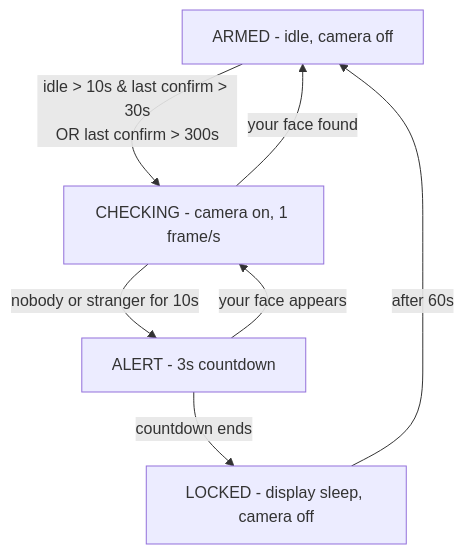
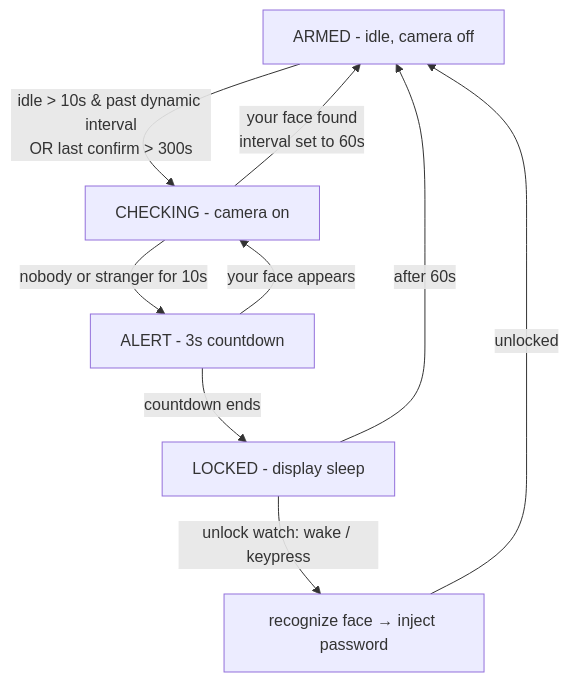
The second of 2 diagrams in README.md (zhonxia/presence-lock), drawn with Mermaid before and after one commit. The commit also changed other lines of this file and 1 other file, not shown here.

Commit message:
README: 三条检测线思维导图（空闲/防陌生人/解锁监听）、自动解锁移入已实现特性、权限与踩坑记录更新

````diff
--- a/README.md
+++ b/README.md
@@ -91,9 +121,11 @@
 ```mermaid
 flowchart TD
-    A[ARMED - idle, camera off] -->|idle > 10s & last confirm > 30s<br>OR last confirm > 300s| B[CHECKING - camera on, 1 frame/s]
-    B -->|your face found| A
+    A[ARMED - idle, camera off] -->|idle > 10s & past dynamic interval<br>OR last confirm > 300s| B[CHECKING - camera on]
+    B -->|your face found<br>interval set to 60s| A
     B -->|nobody or stranger for 10s| C[ALERT - 3s countdown]
     C -->|your face appears| B
-    C -->|countdown ends| D[LOCKED - display sleep, camera off]
+    C -->|countdown ends| D[LOCKED - display sleep]
     D -->|after 60s| A
+    D -->|unlock watch: wake / keypress| E[recognize face → inject password]
+    E -->|unlocked| A
 ```
````
